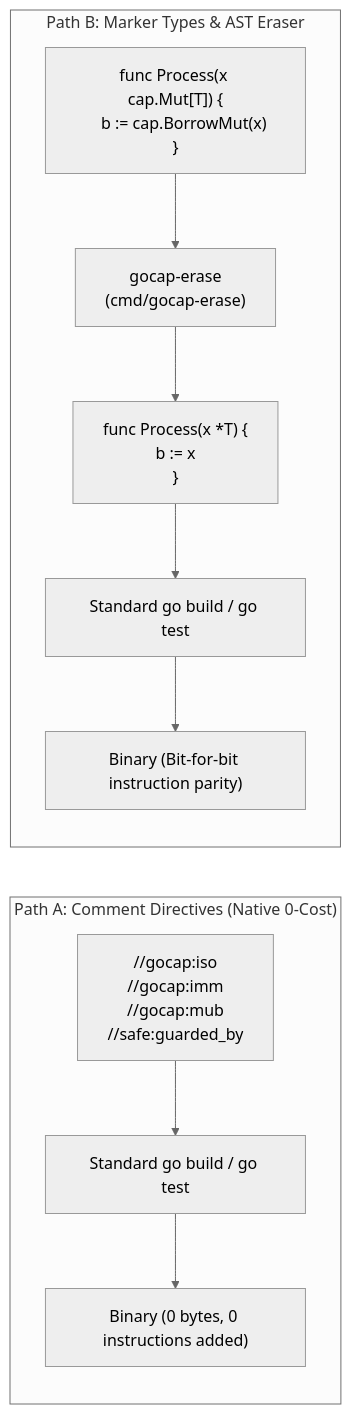
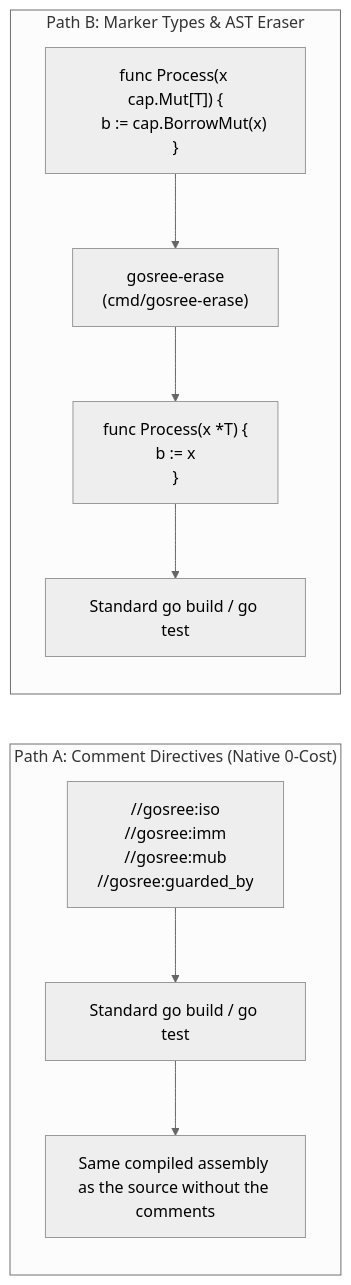
Before and after one commit to bharathvbcr/GoSree: the eighth of 9 diagrams in docs/ARCHITECTURE.md, drawn with Mermaid (neutral theme). The commit also changed other lines of this file and 13 other files, not shown here.

````diff
--- a/docs/ARCHITECTURE.md
+++ b/docs/ARCHITECTURE.md
@@ -343,14 +344,13 @@
 ```mermaid
 flowchart LR
     subgraph PathA ["Path A: Comment Directives (Native 0-Cost)"]
-        SrcA["//gocap:iso\n//gocap:imm\n//gocap:mub\n//safe:guarded_by"] --> GoBuildA["Standard go build / go test"]
-        GoBuildA --> BinA["Binary (0 bytes, 0 instructions added)"]
+        SrcA["//gosree:iso\n//gosree:imm\n//gosree:mub\n//gosree:guarded_by"] --> GoBuildA["Standard go build / go test"]
+        GoBuildA --> BinA["Same compiled assembly as the source without the comments"]
     end
 
     subgraph PathB ["Path B: Marker Types & AST Eraser"]
-        SrcB["func Process(x cap.Mut[T]) {\n    b := cap.BorrowMut(x)\n}"] --> Eraser["gocap-erase\n(cmd/gocap-erase)"]
+        SrcB["func Process(x cap.Mut[T]) {\n    b := cap.BorrowMut(x)\n}"] --> Eraser["gosree-erase\n(cmd/gosree-erase)"]
         Eraser --> ErasedSrc["func Process(x *T) {\n    b := x\n}"]
         ErasedSrc --> GoBuildB["Standard go build / go test"]
-        GoBuildB --> BinB["Binary (Bit-for-bit instruction parity)"]
     end
 ```
````
